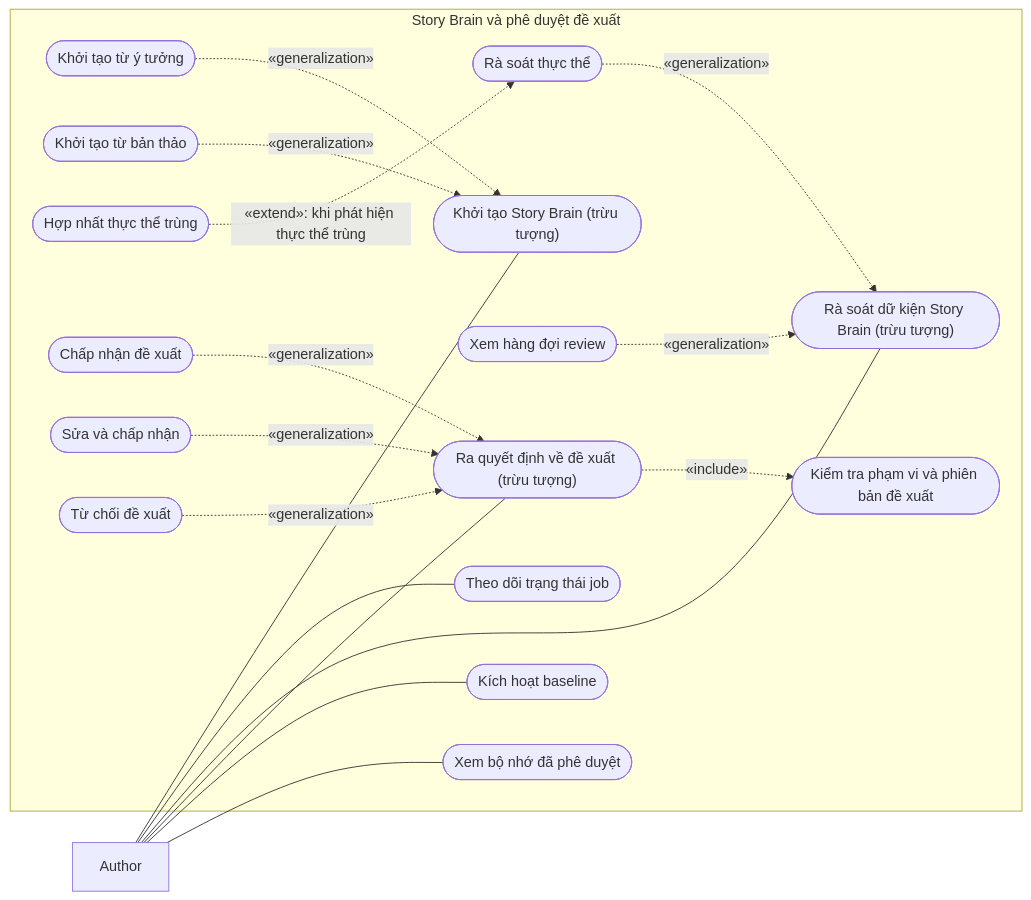
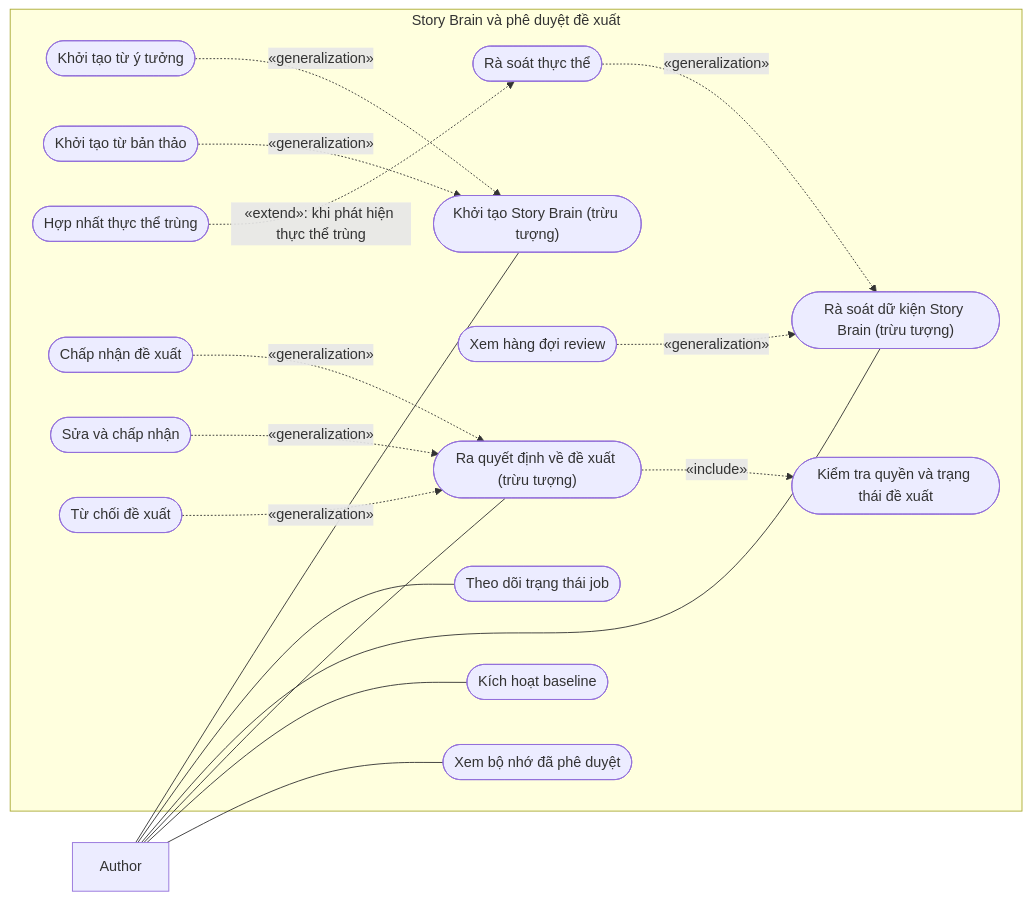
The first of 2 diagrams in docs/chuong-3-so-do/01c-usecase-ai.md (Ephurin/Novel_sharing_platform), drawn with Mermaid before and after one commit. The commit also changed other lines of this file, not shown here.

Commit message:
docs: correct AI proposal and Coin preconditions against current services

````diff
--- a/docs/chuong-3-so-do/01c-usecase-ai.md
+++ b/docs/chuong-3-so-do/01c-usecase-ai.md
@@ -7,36 +7,36 @@
 ```mermaid
 flowchart LR
     A["Author"]
     subgraph SYS["Story Brain và phê duyệt đề xuất"]
         U1(["Khởi tạo Story Brain (trừu tượng)"])
         U2(["Khởi tạo từ ý tưởng"])
         U3(["Khởi tạo từ bản thảo"])
         U4(["Theo dõi trạng thái job"])
         U5(["Rà soát dữ kiện Story Brain (trừu tượng)"])
         U6(["Xem hàng đợi review"])
         U7(["Rà soát thực thể"])
         U8(["Hợp nhất thực thể trùng"])
         U9(["Ra quyết định về đề xuất (trừu tượng)"])
         U10(["Chấp nhận đề xuất"])
         U11(["Sửa và chấp nhận"])
         U12(["Từ chối đề xuất"])
-        U13(["Kiểm tra phạm vi và phiên bản đề xuất"])
+        U13(["Kiểm tra quyền và trạng thái đề xuất"])
         U14(["Kích hoạt baseline"])
         U15(["Xem bộ nhớ đã phê duyệt"])
     end
     A --- U1
     A --- U4
     A --- U5
     A --- U9
     A --- U14
     A --- U15
     U2 -.->|"«generalization»"| U1
     U3 -.->|"«generalization»"| U1
     U6 -.->|"«generalization»"| U5
     U7 -.->|"«generalization»"| U5
     U8 -.->|"«extend»: khi phát hiện thực thể trùng"| U7
     U10 -.->|"«generalization»"| U9
     U11 -.->|"«generalization»"| U9
     U12 -.->|"«generalization»"| U9
     U9 -.->|"«include»"| U13
 ```
````
